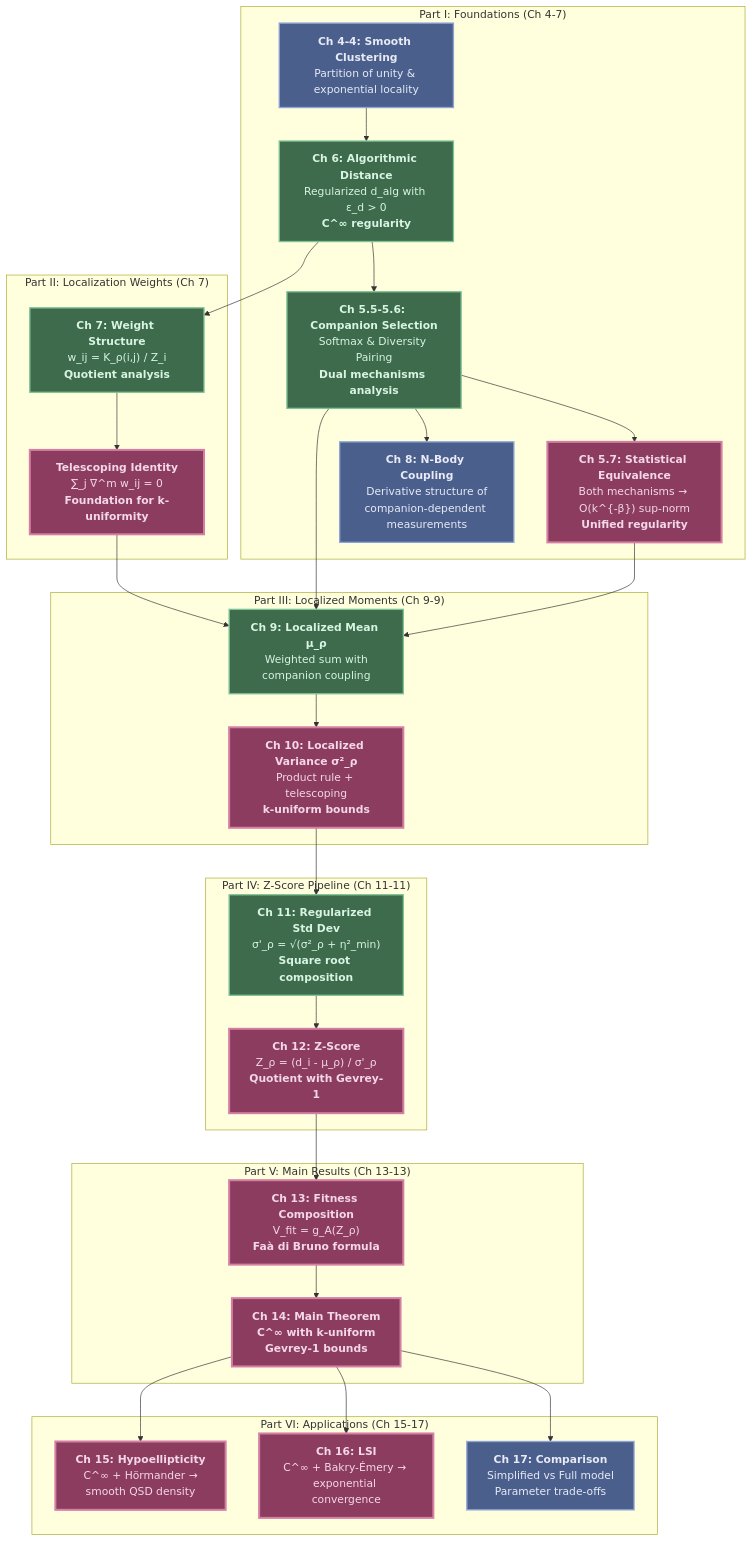
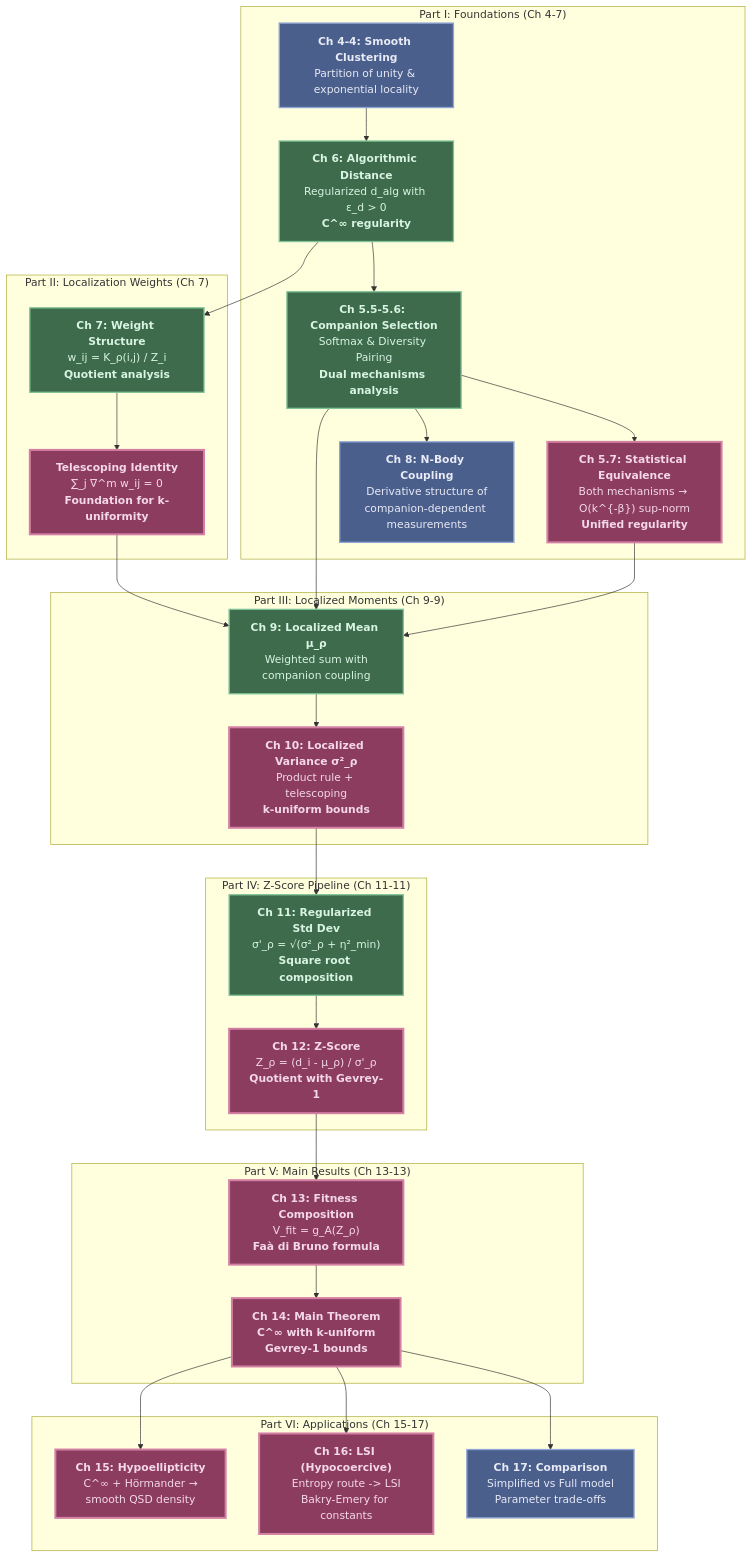
One commit to FragileTech/fragile changed the diagram in docs/source/3_fractal_gas/appendices/14_b_geometric_gas_cinf_regularity_full.md. Above: the diagram before and after it, drawn with Mermaid. The commit also changed other lines of this file and 21 other files, not shown here.

````diff
--- a/docs/source/3_fractal_gas/appendices/14_b_geometric_gas_cinf_regularity_full.md
+++ b/docs/source/3_fractal_gas/appendices/14_b_geometric_gas_cinf_regularity_full.md
@@ -236,59 +237,59 @@
 ```{mermaid}
 graph TD
     subgraph "Part I: Foundations (Ch 4-7)"
         A["<b>Ch 4-4: Smooth Clustering</b><br>Partition of unity & <br>exponential locality"]:::stateStyle
         B["<b>Ch 6: Algorithmic Distance</b><br>Regularized d_alg with ε_d > 0<br><b>C^∞ regularity</b>"]:::lemmaStyle
         C["<b>Ch 5.5-5.6: Companion Selection</b><br>Softmax & Diversity Pairing<br><b>Dual mechanisms analysis</b>"]:::lemmaStyle
         D["<b>Ch 5.7: Statistical Equivalence</b><br>Both mechanisms → O(k^{-β}) sup-norm<br><b>Unified regularity</b>"]:::theoremStyle
         E["<b>Ch 8: N-Body Coupling</b><br>Derivative structure of<br>companion-dependent measurements"]:::stateStyle
         A --> B
         B --> C
         C --> D
         C --> E
     end
 
     subgraph "Part II: Localization Weights (Ch 7)"
         F["<b>Ch 7: Weight Structure</b><br>w_ij = K_ρ(i,j) / Z_i<br><b>Quotient analysis</b>"]:::lemmaStyle
         G["<b>Telescoping Identity</b><br>∑_j ∇^m w_ij = 0<br><b>Foundation for k-uniformity</b>"]:::theoremStyle
         F --> G
     end
 
     subgraph "Part III: Localized Moments (Ch 9-9)"
         H["<b>Ch 9: Localized Mean μ_ρ</b><br>Weighted sum with<br>companion coupling"]:::lemmaStyle
         I["<b>Ch 10: Localized Variance σ²_ρ</b><br>Product rule + telescoping<br><b>k-uniform bounds</b>"]:::theoremStyle
         G --> H
         H --> I
     end
 
     subgraph "Part IV: Z-Score Pipeline (Ch 11-11)"
         J["<b>Ch 11: Regularized Std Dev</b><br>σ'_ρ = √(σ²_ρ + η²_min)<br><b>Square root composition</b>"]:::lemmaStyle
         K["<b>Ch 12: Z-Score</b><br>Z_ρ = (d_i - μ_ρ) / σ'_ρ<br><b>Quotient with Gevrey-1</b>"]:::theoremStyle
         I --> J
         J --> K
     end
 
     subgraph "Part V: Main Results (Ch 13-13)"
         L["<b>Ch 13: Fitness Composition</b><br>V_fit = g_A(Z_ρ)<br><b>Faà di Bruno formula</b>"]:::theoremStyle
         M["<b>Ch 14: Main Theorem</b><br><b>C^∞ with k-uniform</b><br><b>Gevrey-1 bounds</b>"]:::theoremStyle
         K --> L
         L --> M
     end
 
     subgraph "Part VI: Applications (Ch 15-17)"
         N["<b>Ch 15: Hypoellipticity</b><br>C^∞ + Hörmander → <br>smooth QSD density"]:::theoremStyle
-        O["<b>Ch 16: LSI</b><br>C^∞ + Bakry-Émery → <br>exponential convergence"]:::theoremStyle
+        O["<b>Ch 16: LSI (Hypocoercive)</b><br>Entropy route -> LSI<br>Bakry-Emery for constants"]:::theoremStyle
         P["<b>Ch 17: Comparison</b><br>Simplified vs Full model<br>Parameter trade-offs"]:::stateStyle
         M --> N
         M --> O
         M --> P
     end
 
     B --> F
     C --> H
     D --> H
 
     classDef stateStyle fill:#4a5f8c,stroke:#8fa4d4,stroke-width:2px,color:#e8eaf6
     classDef axiomStyle fill:#8c6239,stroke:#d4a574,stroke-width:2px,stroke-dasharray: 5 5,color:#f4e8d8
     classDef lemmaStyle fill:#3d6b4b,stroke:#7fc296,stroke-width:2px,color:#d8f4e3
     classDef theoremStyle fill:#8c3d5f,stroke:#d47fa4,stroke-width:3px,color:#f4d8e8
 ```
````
